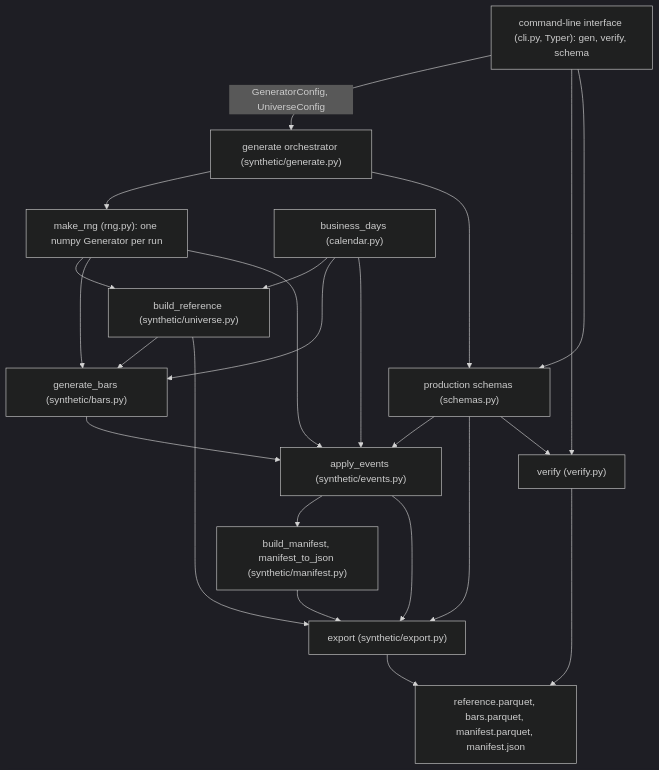
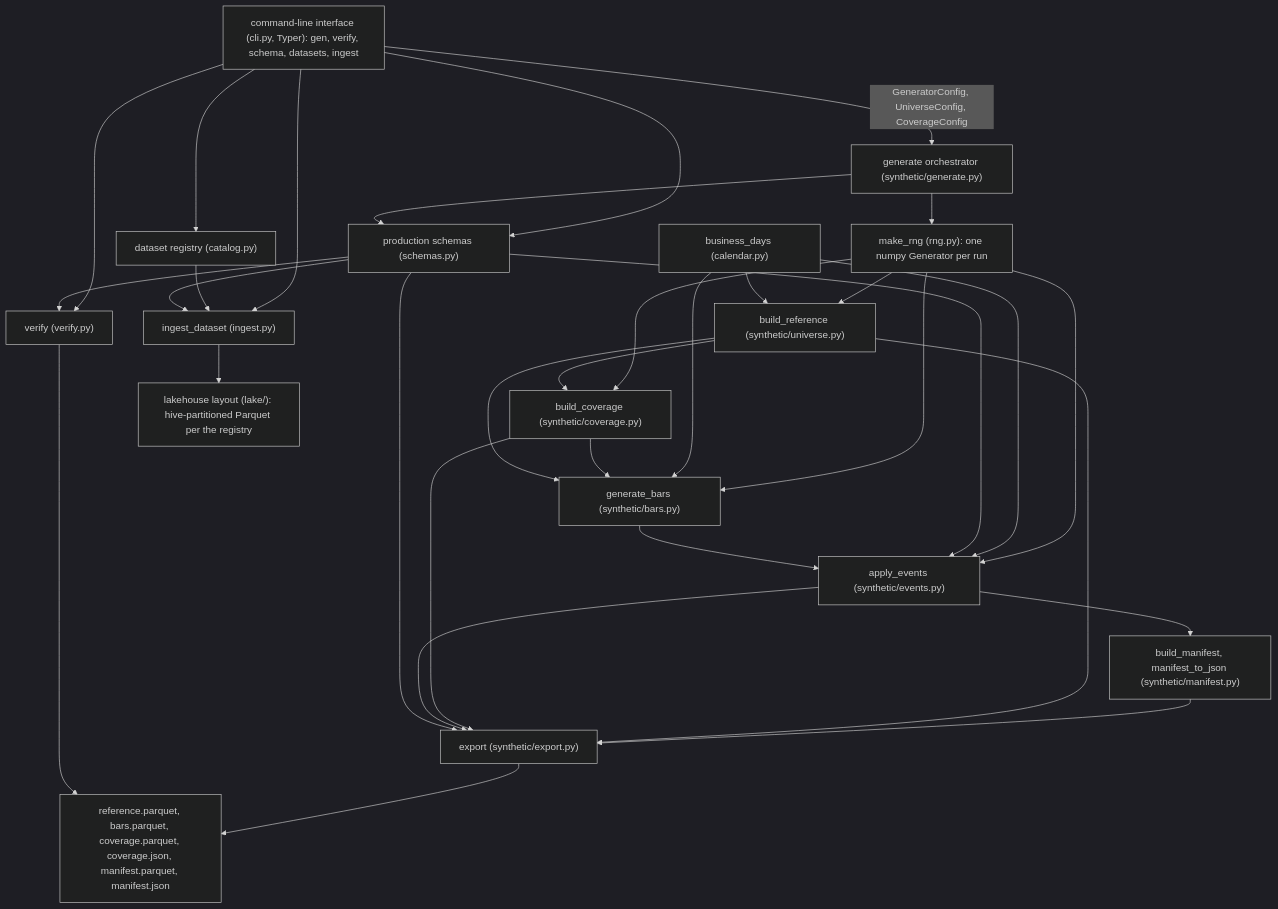
The first of 2 diagrams in docs/architecture.md (ScientificX/MarketForge), drawn with Mermaid (dark theme) before and after one commit. The commit also changed other lines of this file and 11 other files, not shown here.

First line of the commit message:
Add schema contracts, dataset registry, and ingestion (M1.1) (#11)

````diff
--- a/docs/architecture.md
+++ b/docs/architecture.md
@@ -56,25 +56,34 @@
 ```mermaid
 flowchart TD
-    CLI["command-line interface (cli.py, Typer): gen, verify, schema"] -->|"GeneratorConfig, UniverseConfig"| GEN["generate orchestrator (synthetic/generate.py)"]
+    CLI["command-line interface (cli.py, Typer): gen, verify, schema, datasets, ingest"] -->|"GeneratorConfig, UniverseConfig, CoverageConfig"| GEN["generate orchestrator (synthetic/generate.py)"]
     CLI --> VRF["verify (verify.py)"]
     CLI --> SCH["production schemas (schemas.py)"]
+    CLI --> CAT["dataset registry (catalog.py)"]
+    CLI --> ING["ingest_dataset (ingest.py)"]
     GEN --> RNG["make_rng (rng.py): one numpy Generator per run"]
     GEN --> SCH
     RNG --> UNI["build_reference (synthetic/universe.py)"]
+    RNG --> COV["build_coverage (synthetic/coverage.py)"]
     RNG --> BARS["generate_bars (synthetic/bars.py)"]
     RNG --> EVT["apply_events (synthetic/events.py)"]
     CAL["business_days (calendar.py)"] --> UNI
     CAL --> BARS
     CAL --> EVT
     SCH --> EVT
+    UNI --> COV
+    COV --> BARS
     UNI --> BARS
     BARS --> EVT
     EVT --> MNF["build_manifest, manifest_to_json (synthetic/manifest.py)"]
     MNF --> EXP["export (synthetic/export.py)"]
     UNI --> EXP
+    COV --> EXP
     EVT --> EXP
     SCH --> EXP
-    EXP --> ART["reference.parquet, bars.parquet, manifest.parquet, manifest.json"]
+    EXP --> ART["reference.parquet, bars.parquet, coverage.parquet, coverage.json, manifest.parquet, manifest.json"]
     VRF --> ART
     SCH --> VRF
+    CAT --> ING
+    SCH --> ING
+    ING --> LAKE["lakehouse layout (lake/): hive-partitioned Parquet per the registry"]
 ```
````
